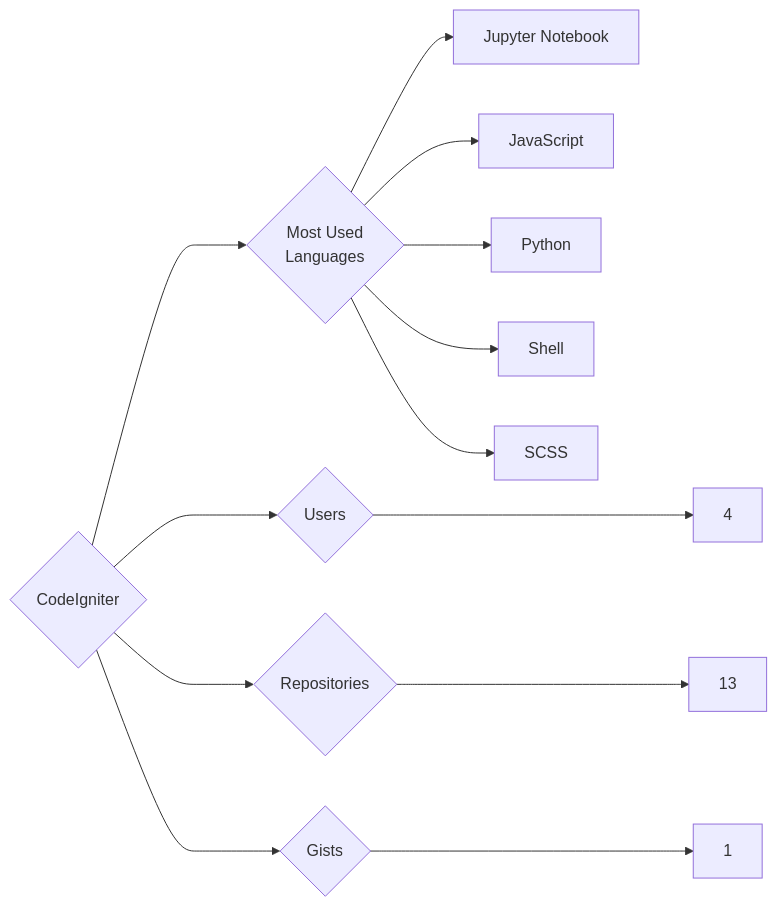
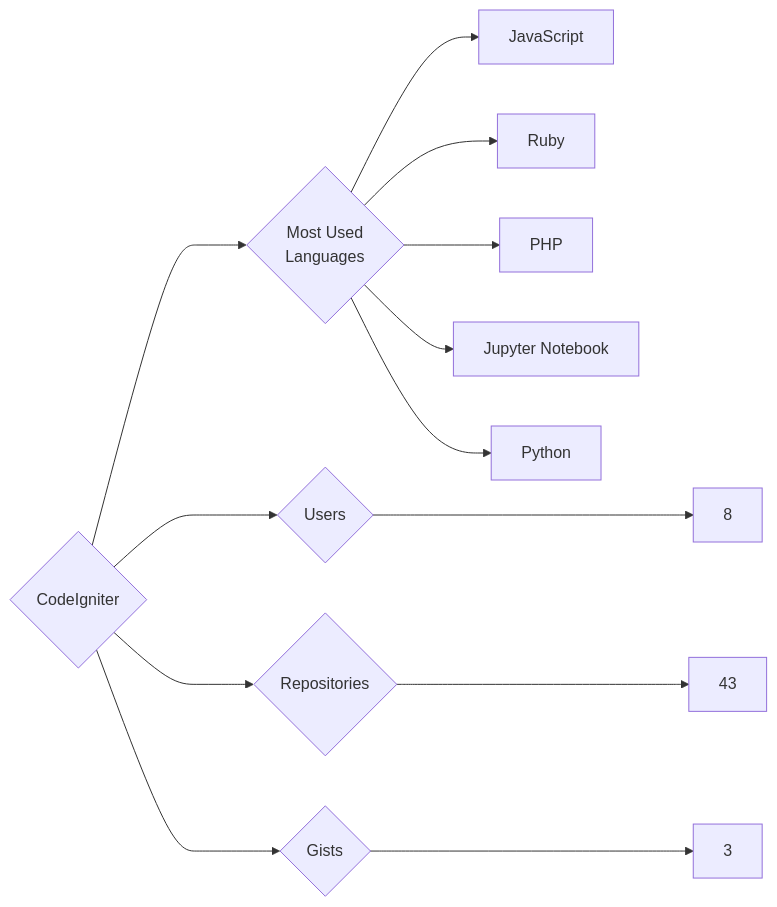
One commit to trickest/insiders changed the diagram in targets/CodeIgniter/README.md. Above: the diagram before and after it, drawn with Mermaid. The commit also changed 873 other files, not shown here.

````diff
--- a/targets/CodeIgniter/README.md
+++ b/targets/CodeIgniter/README.md
@@ -3,13 +3,13 @@
 ```mermaid
 graph LR
 COMPANY_NAME{CodeIgniter}
-COMPANY_NAME ---> U{Users} ---> UN[4]
-COMPANY_NAME ---> R{Repositories} ---> RN[13]
-COMPANY_NAME ---> G{Gists} ---> GN[1]
+COMPANY_NAME ---> U{Users} ---> UN[8]
+COMPANY_NAME ---> R{Repositories} ---> RN[43]
+COMPANY_NAME ---> G{Gists} ---> GN[3]
 COMPANY_NAME ---> ML{Most Used<br>Languages}
+ML --> JavaScript[JavaScript]
+ML --> Ruby[Ruby]
+ML --> PHP[PHP]
 ML --> Jupyter_Notebook[Jupyter Notebook]
-ML --> JavaScript[JavaScript]
 ML --> Python[Python]
-ML --> Shell[Shell]
-ML --> SCSS[SCSS]
 ```
````
